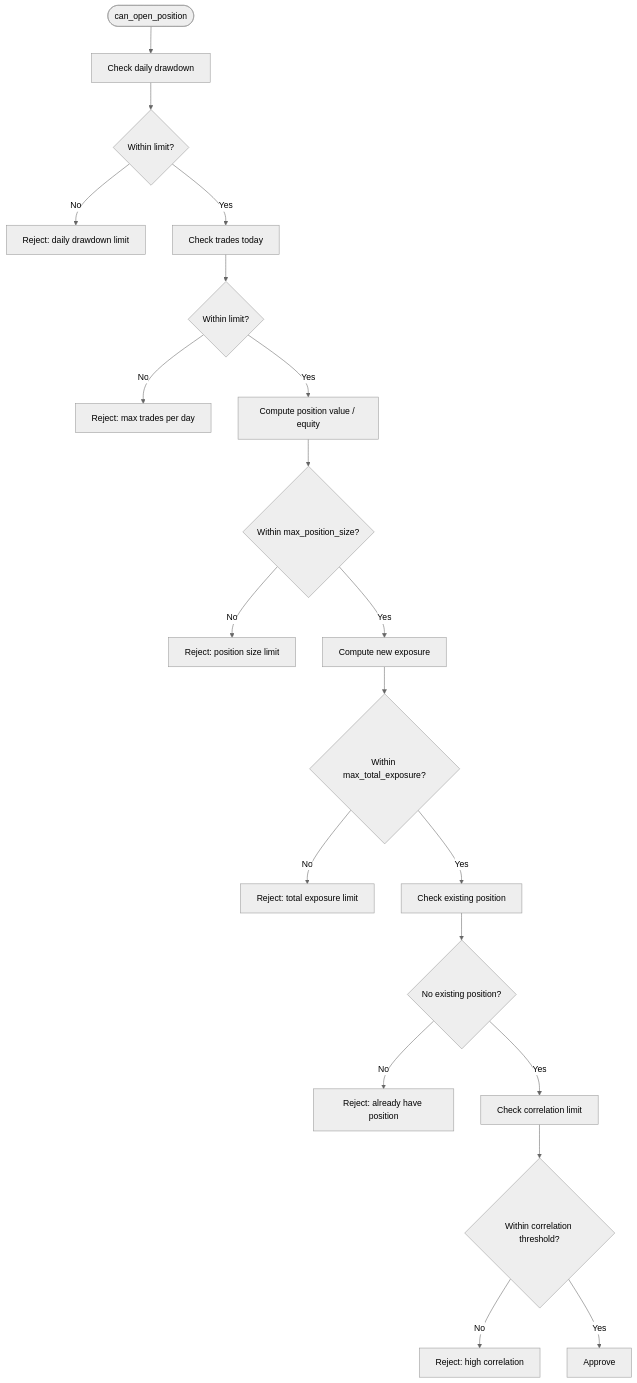
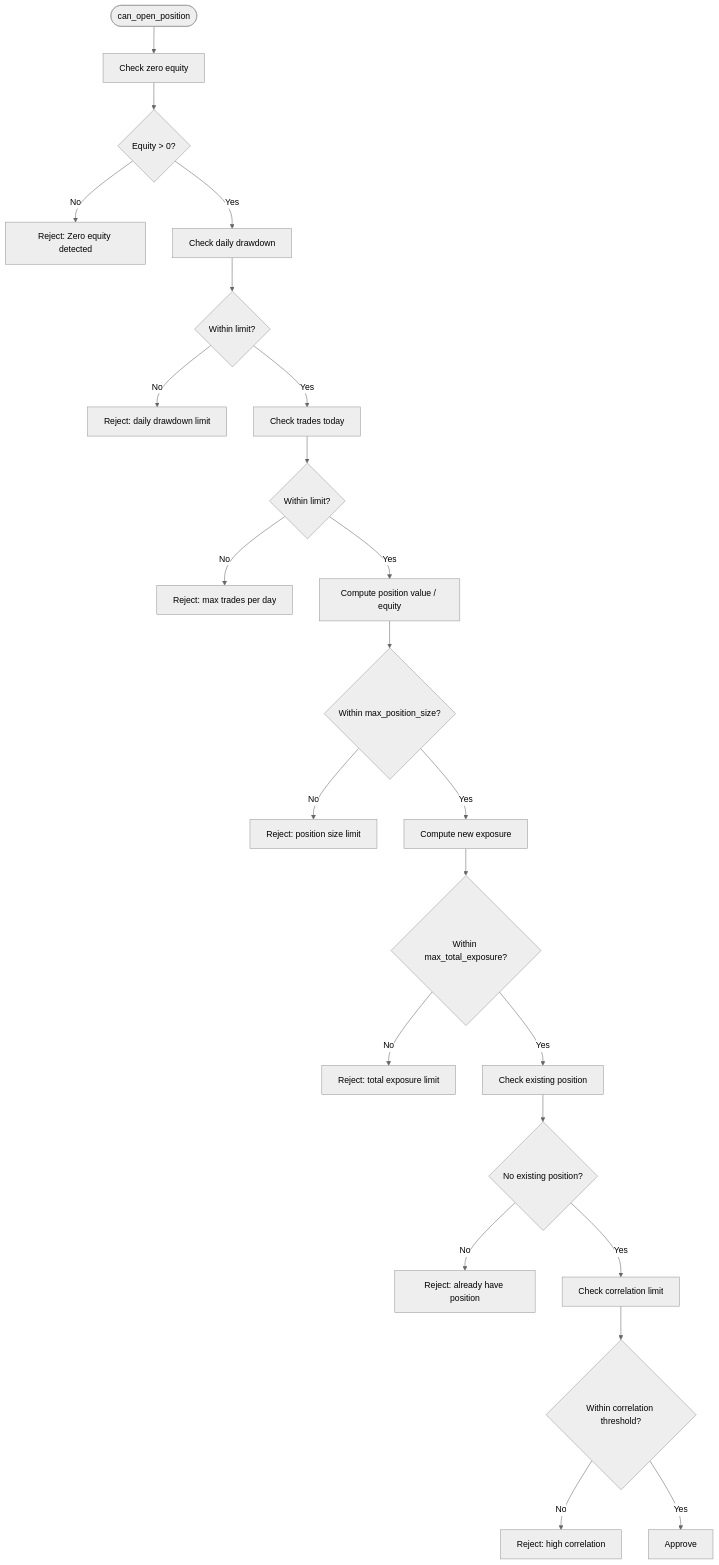
The third of 5 diagrams in .qoder/repowiki/en/content/Configuration Management/Risk Management Configuration.md (cavraeg-eng/Trading-App), drawn with Mermaid (neutral theme) before and after one commit. The commit also changed other lines of this file and 138 other files, not shown here.

First line of the commit message:
feat(LiveTrading): add MT5-style chart overlay for entry/SL/TP levels

````diff
--- a/.qoder/repowiki/en/content/Configuration Management/Risk Management Configuration.md
+++ b/.qoder/repowiki/en/content/Configuration Management/Risk Management Configuration.md
@@ -136,22 +149,25 @@
 ```mermaid
 flowchart TD
-Start(["can_open_position"]) --> CheckDD["Check daily drawdown"]
+Start(["can_open_position"]) --> CheckZero["Check zero equity"]
+CheckZero --> ZeroOK{"Equity > 0?"}
+ZeroOK --> |No| RejectZero["Reject: Zero equity detected"]
+ZeroOK --> |Yes| CheckDD["Check daily drawdown"]
 CheckDD --> DDOK{"Within limit?"}
 DDOK --> |No| Reject1["Reject: daily drawdown limit"]
 DDOK --> |Yes| CheckTrades["Check trades today"]
 CheckTrades --> TradesOK{"Within limit?"}
 TradesOK --> |No| Reject2["Reject: max trades per day"]
 TradesOK --> |Yes| CheckPosSize["Compute position value / equity"]
 CheckPosSize --> PosOK{"Within max_position_size?"}
 PosOK --> |No| Reject3["Reject: position size limit"]
 PosOK --> |Yes| CheckExposure["Compute new exposure"]
 CheckExposure --> ExpOK{"Within max_total_exposure?"}
 ExpOK --> |No| Reject4["Reject: total exposure limit"]
 ExpOK --> |Yes| CheckExisting["Check existing position"]
 CheckExisting --> ExistingOK{"No existing position?"}
 ExistingOK --> |No| Reject5["Reject: already have position"]
 ExistingOK --> |Yes| CheckCorr["Check correlation limit"]
 CheckCorr --> CorrOK{"Within correlation threshold?"}
 CorrOK --> |No| Reject6["Reject: high correlation"]
 CorrOK --> |Yes| Approve["Approve"]
 ```
````
